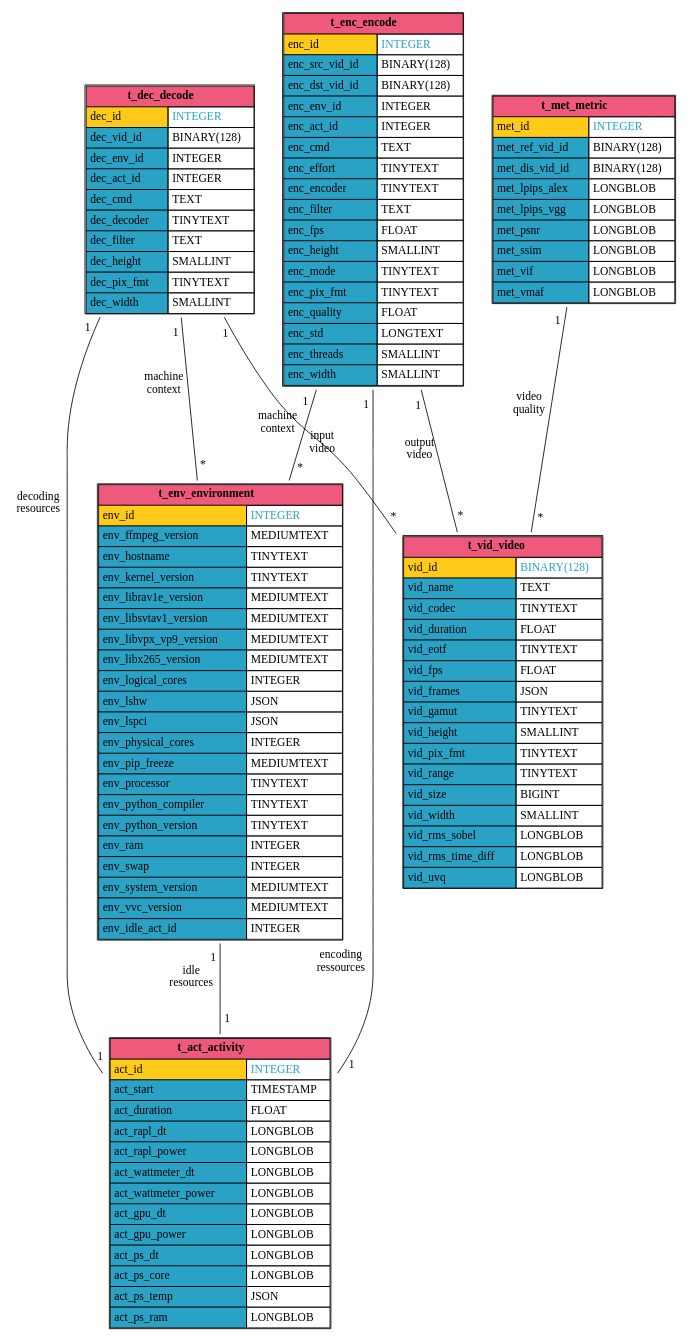
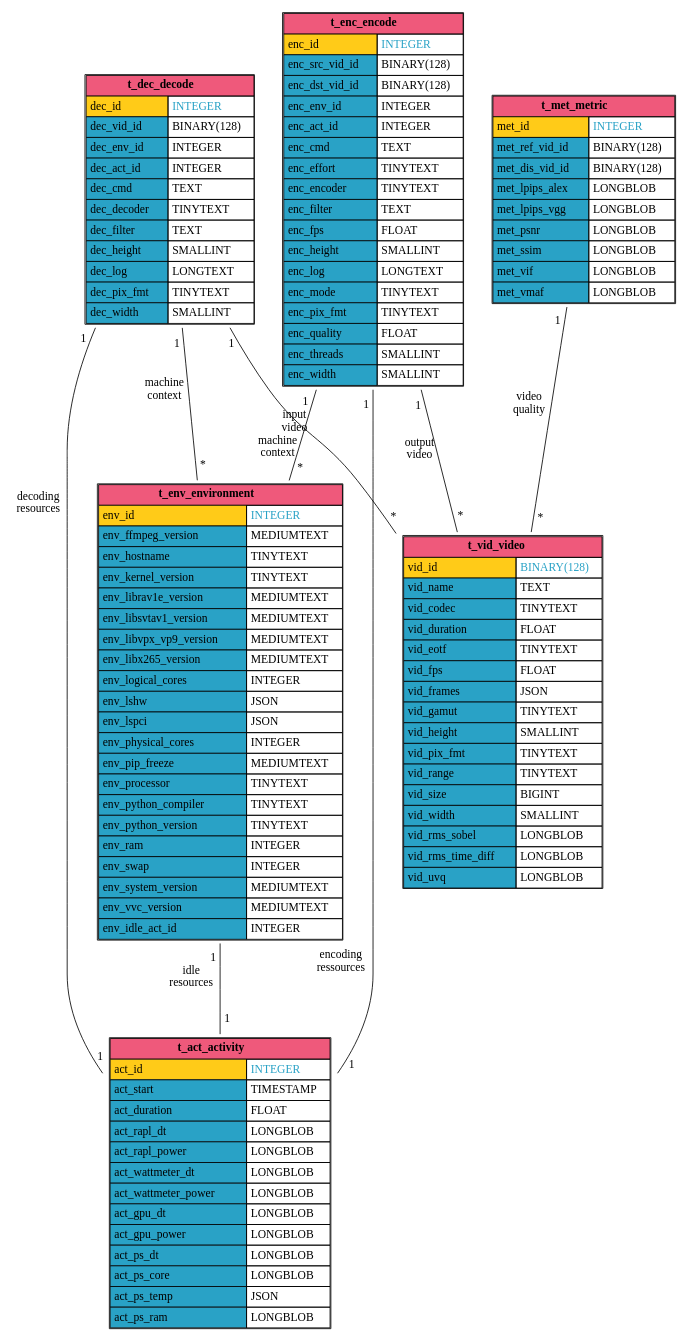
Before and after one commit to robinechuca/mendevi: the diagram in docs/media/sql_database.dot, drawn with Graphviz. The commit also changed 3 other files, not shown here.

```diff
--- a/docs/media/sql_database.dot
+++ b/docs/media/sql_database.dot
@@ -1,140 +1,141 @@
 # dot -Tsvg sql_database.dot > sql_database.svg
 graph database {
   node [shape=plaintext]
   t_act_activity [
     label=<
       <TABLE BORDER="1" CELLBORDER="1" CELLSPACING="0" CELLPADDING="4">
         <TR><TD COLSPAN="2" BGCOLOR="#ef597b"><B>t_act_activity</B></TD></TR>
         <TR><TD ALIGN="LEFT" BGCOLOR="#ffcb18">act_id</TD><TD ALIGN="LEFT"><FONT COLOR="#29a2c6">INTEGER</FONT></TD></TR>
         <TR><TD ALIGN="LEFT" BGCOLOR="#29a2c6">act_start</TD><TD ALIGN="LEFT">TIMESTAMP</TD></TR>
         <TR><TD ALIGN="LEFT" BGCOLOR="#29a2c6">act_duration</TD><TD ALIGN="LEFT">FLOAT</TD></TR>
         <TR><TD ALIGN="LEFT" BGCOLOR="#29a2c6">act_rapl_dt</TD><TD ALIGN="LEFT">LONGBLOB</TD></TR>
         <TR><TD ALIGN="LEFT" BGCOLOR="#29a2c6">act_rapl_power</TD><TD ALIGN="LEFT">LONGBLOB</TD></TR>
         <TR><TD ALIGN="LEFT" BGCOLOR="#29a2c6">act_wattmeter_dt</TD><TD ALIGN="LEFT">LONGBLOB</TD></TR>
         <TR><TD ALIGN="LEFT" BGCOLOR="#29a2c6">act_wattmeter_power</TD><TD ALIGN="LEFT">LONGBLOB</TD></TR>
         <TR><TD ALIGN="LEFT" BGCOLOR="#29a2c6">act_gpu_dt</TD><TD ALIGN="LEFT">LONGBLOB</TD></TR>
         <TR><TD ALIGN="LEFT" BGCOLOR="#29a2c6">act_gpu_power</TD><TD ALIGN="LEFT">LONGBLOB</TD></TR>
         <TR><TD ALIGN="LEFT" BGCOLOR="#29a2c6">act_ps_dt</TD><TD ALIGN="LEFT">LONGBLOB</TD></TR>
         <TR><TD ALIGN="LEFT" BGCOLOR="#29a2c6">act_ps_core</TD><TD ALIGN="LEFT">LONGBLOB</TD></TR>
         <TR><TD ALIGN="LEFT" BGCOLOR="#29a2c6">act_ps_temp</TD><TD ALIGN="LEFT">JSON</TD></TR>
         <TR><TD ALIGN="LEFT" BGCOLOR="#29a2c6">act_ps_ram</TD><TD ALIGN="LEFT">LONGBLOB</TD></TR>
       </TABLE>
     >
   ];
   t_vid_video [
     label=<
       <TABLE BORDER="1" CELLBORDER="1" CELLSPACING="0" CELLPADDING="4">
         <TR><TD COLSPAN="2" BGCOLOR="#ef597b"><B>t_vid_video</B></TD></TR>
         <TR><TD ALIGN="LEFT" BGCOLOR="#ffcb18">vid_id</TD><TD ALIGN="LEFT"><FONT COLOR="#29a2c6">BINARY(128)</FONT></TD></TR>
         <TR><TD ALIGN="LEFT" BGCOLOR="#29a2c6">vid_name</TD><TD ALIGN="LEFT">TEXT</TD></TR>
         <TR><TD ALIGN="LEFT" BGCOLOR="#29a2c6">vid_codec</TD><TD ALIGN="LEFT">TINYTEXT</TD></TR>
         <TR><TD ALIGN="LEFT" BGCOLOR="#29a2c6">vid_duration</TD><TD ALIGN="LEFT">FLOAT</TD></TR>
         <TR><TD ALIGN="LEFT" BGCOLOR="#29a2c6">vid_eotf</TD><TD ALIGN="LEFT">TINYTEXT</TD></TR>
         <TR><TD ALIGN="LEFT" BGCOLOR="#29a2c6">vid_fps</TD><TD ALIGN="LEFT">FLOAT</TD></TR>
         <TR><TD ALIGN="LEFT" BGCOLOR="#29a2c6">vid_frames</TD><TD ALIGN="LEFT">JSON</TD></TR>
         <TR><TD ALIGN="LEFT" BGCOLOR="#29a2c6">vid_gamut</TD><TD ALIGN="LEFT">TINYTEXT</TD></TR>
         <TR><TD ALIGN="LEFT" BGCOLOR="#29a2c6">vid_height</TD><TD ALIGN="LEFT">SMALLINT</TD></TR>
         <TR><TD ALIGN="LEFT" BGCOLOR="#29a2c6">vid_pix_fmt</TD><TD ALIGN="LEFT">TINYTEXT</TD></TR>
         <TR><TD ALIGN="LEFT" BGCOLOR="#29a2c6">vid_range</TD><TD ALIGN="LEFT">TINYTEXT</TD></TR>
         <TR><TD ALIGN="LEFT" BGCOLOR="#29a2c6">vid_size</TD><TD ALIGN="LEFT">BIGINT</TD></TR>
         <TR><TD ALIGN="LEFT" BGCOLOR="#29a2c6">vid_width</TD><TD ALIGN="LEFT">SMALLINT</TD></TR>
         <TR><TD ALIGN="LEFT" BGCOLOR="#29a2c6">vid_rms_sobel</TD><TD ALIGN="LEFT">LONGBLOB</TD></TR>
         <TR><TD ALIGN="LEFT" BGCOLOR="#29a2c6">vid_rms_time_diff</TD><TD ALIGN="LEFT">LONGBLOB</TD></TR>
         <TR><TD ALIGN="LEFT" BGCOLOR="#29a2c6">vid_uvq</TD><TD ALIGN="LEFT">LONGBLOB</TD></TR>
       </TABLE>
     >
   ];
   t_met_metric [
     label=<
       <TABLE BORDER="1" CELLBORDER="1" CELLSPACING="0" CELLPADDING="4">
         <TR><TD COLSPAN="2" BGCOLOR="#ef597b"><B>t_met_metric</B></TD></TR>
         <TR><TD ALIGN="LEFT" BGCOLOR="#ffcb18">met_id</TD><TD ALIGN="LEFT"><FONT COLOR="#29a2c6">INTEGER</FONT></TD></TR>
         <TR><TD ALIGN="LEFT" BGCOLOR="#29a2c6">met_ref_vid_id</TD><TD ALIGN="LEFT">BINARY(128)</TD></TR>
         <TR><TD ALIGN="LEFT" BGCOLOR="#29a2c6">met_dis_vid_id</TD><TD ALIGN="LEFT">BINARY(128)</TD></TR>
         <TR><TD ALIGN="LEFT" BGCOLOR="#29a2c6">met_lpips_alex</TD><TD ALIGN="LEFT">LONGBLOB</TD></TR>
         <TR><TD ALIGN="LEFT" BGCOLOR="#29a2c6">met_lpips_vgg</TD><TD ALIGN="LEFT">LONGBLOB</TD></TR>
         <TR><TD ALIGN="LEFT" BGCOLOR="#29a2c6">met_psnr</TD><TD ALIGN="LEFT">LONGBLOB</TD></TR>
         <TR><TD ALIGN="LEFT" BGCOLOR="#29a2c6">met_ssim</TD><TD ALIGN="LEFT">LONGBLOB</TD></TR>
         <TR><TD ALIGN="LEFT" BGCOLOR="#29a2c6">met_vif</TD><TD ALIGN="LEFT">LONGBLOB</TD></TR>
         <TR><TD ALIGN="LEFT" BGCOLOR="#29a2c6">met_vmaf</TD><TD ALIGN="LEFT">LONGBLOB</TD></TR>
       </TABLE>
     >
   ];
   t_env_environment [
     label=<
       <TABLE BORDER="1" CELLBORDER="1" CELLSPACING="0" CELLPADDING="4">
         <TR><TD COLSPAN="2" BGCOLOR="#ef597b"><B>t_env_environment</B></TD></TR>
         <TR><TD ALIGN="LEFT" BGCOLOR="#ffcb18">env_id</TD><TD ALIGN="LEFT"><FONT COLOR="#29a2c6">INTEGER</FONT></TD></TR>
         <TR><TD ALIGN="LEFT" BGCOLOR="#29a2c6">env_ffmpeg_version</TD><TD ALIGN="LEFT">MEDIUMTEXT</TD></TR>
         <TR><TD ALIGN="LEFT" BGCOLOR="#29a2c6">env_hostname</TD><TD ALIGN="LEFT">TINYTEXT</TD></TR>
         <TR><TD ALIGN="LEFT" BGCOLOR="#29a2c6">env_kernel_version</TD><TD ALIGN="LEFT">TINYTEXT</TD></TR>
         <TR><TD ALIGN="LEFT" BGCOLOR="#29a2c6">env_librav1e_version</TD><TD ALIGN="LEFT">MEDIUMTEXT</TD></TR>
         <TR><TD ALIGN="LEFT" BGCOLOR="#29a2c6">env_libsvtav1_version</TD><TD ALIGN="LEFT">MEDIUMTEXT</TD></TR>
         <TR><TD ALIGN="LEFT" BGCOLOR="#29a2c6">env_libvpx_vp9_version</TD><TD ALIGN="LEFT">MEDIUMTEXT</TD></TR>
         <TR><TD ALIGN="LEFT" BGCOLOR="#29a2c6">env_libx265_version</TD><TD ALIGN="LEFT">MEDIUMTEXT</TD></TR>
         <TR><TD ALIGN="LEFT" BGCOLOR="#29a2c6">env_logical_cores</TD><TD ALIGN="LEFT">INTEGER</TD></TR>
         <TR><TD ALIGN="LEFT" BGCOLOR="#29a2c6">env_lshw</TD><TD ALIGN="LEFT">JSON</TD></TR>
         <TR><TD ALIGN="LEFT" BGCOLOR="#29a2c6">env_lspci</TD><TD ALIGN="LEFT">JSON</TD></TR>
         <TR><TD ALIGN="LEFT" BGCOLOR="#29a2c6">env_physical_cores</TD><TD ALIGN="LEFT">INTEGER</TD></TR>
         <TR><TD ALIGN="LEFT" BGCOLOR="#29a2c6">env_pip_freeze</TD><TD ALIGN="LEFT">MEDIUMTEXT</TD></TR>
         <TR><TD ALIGN="LEFT" BGCOLOR="#29a2c6">env_processor</TD><TD ALIGN="LEFT">TINYTEXT</TD></TR>
         <TR><TD ALIGN="LEFT" BGCOLOR="#29a2c6">env_python_compiler</TD><TD ALIGN="LEFT">TINYTEXT</TD></TR>
         <TR><TD ALIGN="LEFT" BGCOLOR="#29a2c6">env_python_version</TD><TD ALIGN="LEFT">TINYTEXT</TD></TR>
         <TR><TD ALIGN="LEFT" BGCOLOR="#29a2c6">env_ram</TD><TD ALIGN="LEFT">INTEGER</TD></TR>
         <TR><TD ALIGN="LEFT" BGCOLOR="#29a2c6">env_swap</TD><TD ALIGN="LEFT">INTEGER</TD></TR>
         <TR><TD ALIGN="LEFT" BGCOLOR="#29a2c6">env_system_version</TD><TD ALIGN="LEFT">MEDIUMTEXT</TD></TR>
         <TR><TD ALIGN="LEFT" BGCOLOR="#29a2c6">env_vvc_version</TD><TD ALIGN="LEFT">MEDIUMTEXT</TD></TR>
         <TR><TD ALIGN="LEFT" BGCOLOR="#29a2c6">env_idle_act_id</TD><TD ALIGN="LEFT">INTEGER</TD></TR>
       </TABLE>
     >
   ];
   t_dec_decode [
     label=<
       <TABLE BORDER="1" CELLBORDER="1" CELLSPACING="0" CELLPADDING="4">
         <TR><TD COLSPAN="2" BGCOLOR="#ef597b"><B>t_dec_decode</B></TD></TR>
         <TR><TD ALIGN="LEFT" BGCOLOR="#ffcb18">dec_id</TD><TD ALIGN="LEFT"><FONT COLOR="#29a2c6">INTEGER</FONT></TD></TR>
         <TR><TD ALIGN="LEFT" BGCOLOR="#29a2c6">dec_vid_id</TD><TD ALIGN="LEFT">BINARY(128)</TD></TR>
         <TR><TD ALIGN="LEFT" BGCOLOR="#29a2c6">dec_env_id</TD><TD ALIGN="LEFT">INTEGER</TD></TR>
         <TR><TD ALIGN="LEFT" BGCOLOR="#29a2c6">dec_act_id</TD><TD ALIGN="LEFT">INTEGER</TD></TR>
         <TR><TD ALIGN="LEFT" BGCOLOR="#29a2c6">dec_cmd</TD><TD ALIGN="LEFT">TEXT</TD></TR>
         <TR><TD ALIGN="LEFT" BGCOLOR="#29a2c6">dec_decoder</TD><TD ALIGN="LEFT">TINYTEXT</TD></TR>
         <TR><TD ALIGN="LEFT" BGCOLOR="#29a2c6">dec_filter</TD><TD ALIGN="LEFT">TEXT</TD></TR>
         <TR><TD ALIGN="LEFT" BGCOLOR="#29a2c6">dec_height</TD><TD ALIGN="LEFT">SMALLINT</TD></TR>
+        <TR><TD ALIGN="LEFT" BGCOLOR="#29a2c6">dec_log</TD><TD ALIGN="LEFT">LONGTEXT</TD></TR>
         <TR><TD ALIGN="LEFT" BGCOLOR="#29a2c6">dec_pix_fmt</TD><TD ALIGN="LEFT">TINYTEXT</TD></TR>
         <TR><TD ALIGN="LEFT" BGCOLOR="#29a2c6">dec_width</TD><TD ALIGN="LEFT">SMALLINT</TD></TR>
       </TABLE>
     >
   ];
   t_enc_encode [
     label=<
       <TABLE BORDER="1" CELLBORDER="1" CELLSPACING="0" CELLPADDING="4">
         <TR><TD COLSPAN="2" BGCOLOR="#ef597b"><B>t_enc_encode</B></TD></TR>
         <TR><TD ALIGN="LEFT" BGCOLOR="#ffcb18">enc_id</TD><TD ALIGN="LEFT"><FONT COLOR="#29a2c6">INTEGER</FONT></TD></TR>
         <TR><TD ALIGN="LEFT" BGCOLOR="#29a2c6">enc_src_vid_id</TD><TD ALIGN="LEFT">BINARY(128)</TD></TR>
         <TR><TD ALIGN="LEFT" BGCOLOR="#29a2c6">enc_dst_vid_id</TD><TD ALIGN="LEFT">BINARY(128)</TD></TR>
         <TR><TD ALIGN="LEFT" BGCOLOR="#29a2c6">enc_env_id</TD><TD ALIGN="LEFT">INTEGER</TD></TR>
         <TR><TD ALIGN="LEFT" BGCOLOR="#29a2c6">enc_act_id</TD><TD ALIGN="LEFT">INTEGER</TD></TR>
         <TR><TD ALIGN="LEFT" BGCOLOR="#29a2c6">enc_cmd</TD><TD ALIGN="LEFT">TEXT</TD></TR>
         <TR><TD ALIGN="LEFT" BGCOLOR="#29a2c6">enc_effort</TD><TD ALIGN="LEFT">TINYTEXT</TD></TR>
         <TR><TD ALIGN="LEFT" BGCOLOR="#29a2c6">enc_encoder</TD><TD ALIGN="LEFT">TINYTEXT</TD></TR>
         <TR><TD ALIGN="LEFT" BGCOLOR="#29a2c6">enc_filter</TD><TD ALIGN="LEFT">TEXT</TD></TR>
         <TR><TD ALIGN="LEFT" BGCOLOR="#29a2c6">enc_fps</TD><TD ALIGN="LEFT">FLOAT</TD></TR>
         <TR><TD ALIGN="LEFT" BGCOLOR="#29a2c6">enc_height</TD><TD ALIGN="LEFT">SMALLINT</TD></TR>
+        <TR><TD ALIGN="LEFT" BGCOLOR="#29a2c6">enc_log</TD><TD ALIGN="LEFT">LONGTEXT</TD></TR>
         <TR><TD ALIGN="LEFT" BGCOLOR="#29a2c6">enc_mode</TD><TD ALIGN="LEFT">TINYTEXT</TD></TR>
         <TR><TD ALIGN="LEFT" BGCOLOR="#29a2c6">enc_pix_fmt</TD><TD ALIGN="LEFT">TINYTEXT</TD></TR>
         <TR><TD ALIGN="LEFT" BGCOLOR="#29a2c6">enc_quality</TD><TD ALIGN="LEFT">FLOAT</TD></TR>
-        <TR><TD ALIGN="LEFT" BGCOLOR="#29a2c6">enc_std</TD><TD ALIGN="LEFT">LONGTEXT</TD></TR>
         <TR><TD ALIGN="LEFT" BGCOLOR="#29a2c6">enc_threads</TD><TD ALIGN="LEFT">SMALLINT</TD></TR>
         <TR><TD ALIGN="LEFT" BGCOLOR="#29a2c6">enc_width</TD><TD ALIGN="LEFT">SMALLINT</TD></TR>
       </TABLE>
     >
   ];
   t_enc_encode -- t_act_activity [minlen=3, taillabel="1", headlabel="1", xlabel="encoding\nressources", labeldistance=2.0]
   t_enc_encode -- t_env_environment [minlen=3, taillabel="1", headlabel="*", xlabel="machine\ncontext", labeldistance=2.0]
   t_enc_encode -- t_vid_video [minlen=3, taillabel="1", headlabel="*", xlabel="output\nvideo", labeldistance=2.0]
   t_met_metric -- t_vid_video [minlen=3, taillabel="1", headlabel="*", xlabel="video\nquality", labeldistance=2.0]
   t_dec_decode -- t_act_activity [minlen=3, taillabel="1", headlabel="1", xlabel="decoding\nresources", labeldistance=2.0]
   t_dec_decode -- t_env_environment [minlen=3, taillabel="1", headlabel="*", xlabel="machine\ncontext", labeldistance=2.0]
   t_dec_decode -- t_vid_video [minlen=3, taillabel="1", headlabel="*", xlabel="input\nvideo", labeldistance=2.0]
   t_env_environment -- t_act_activity [minlen=3, taillabel="1", headlabel="1", xlabel="idle\nresources", labeldistance=2.0]
 }
```
